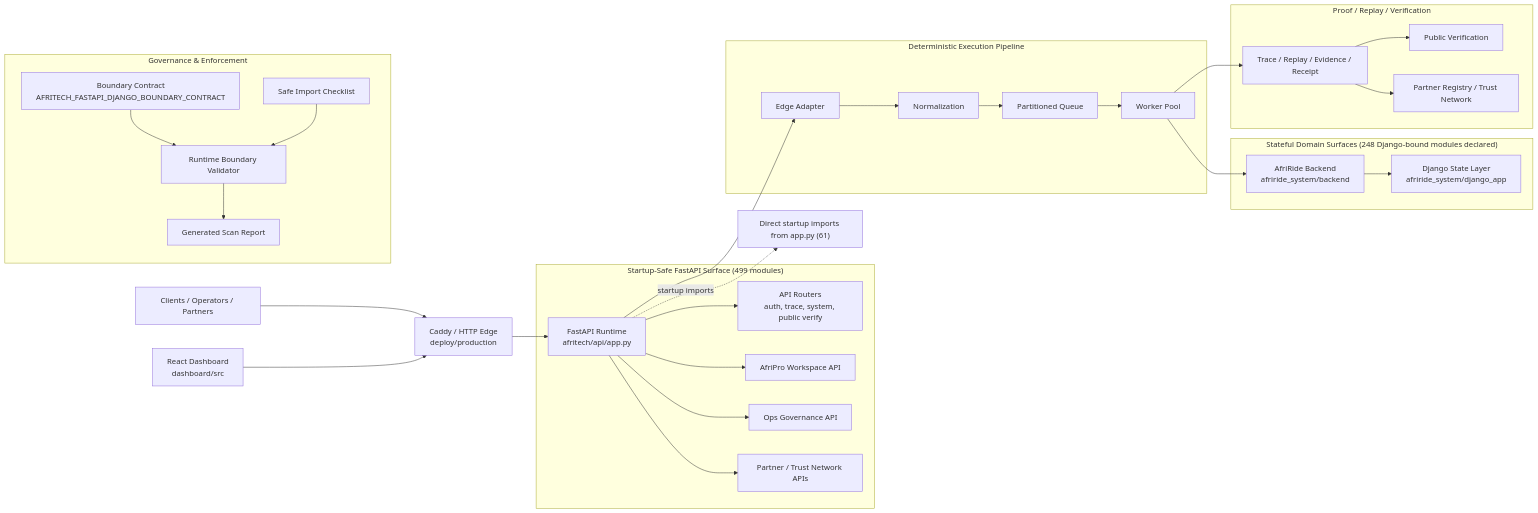
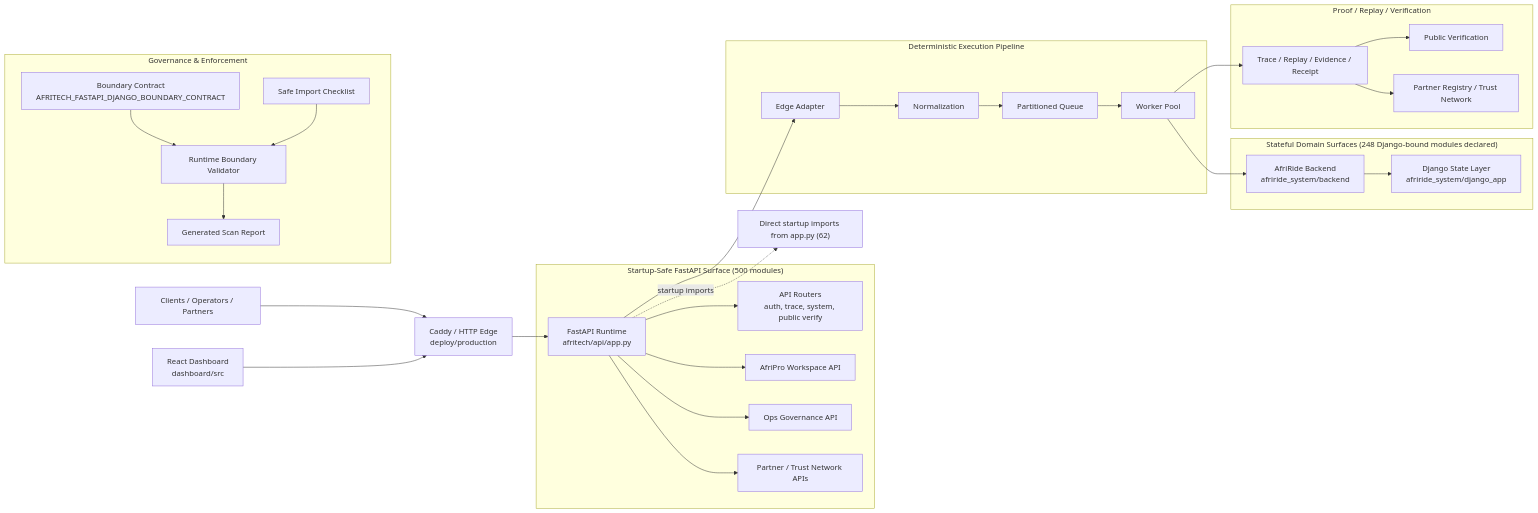
The first of 2 diagrams in docs/architecture/AFRITECH_FULL_ARCHITECTURE_GRAPH.md (Strelly2023/afritelematics), drawn with Mermaid before and after one commit. The commit also changed other lines of this file and 8 other files, not shown here.

````diff
--- a/docs/architecture/AFRITECH_FULL_ARCHITECTURE_GRAPH.md
+++ b/docs/architecture/AFRITECH_FULL_ARCHITECTURE_GRAPH.md
@@ -22,39 +22,39 @@
 ```mermaid
 flowchart LR
     Client["Clients / Operators / Partners"] --> Edge["Caddy / HTTP Edge\ndeploy/production"]
     Dashboard["React Dashboard\ndashboard/src"] --> Edge
     Edge --> App["FastAPI Runtime\nafritech/api/app.py"]
 
-    subgraph FastAPI["Startup-Safe FastAPI Surface (499 modules)"]
+    subgraph FastAPI["Startup-Safe FastAPI Surface (500 modules)"]
         App --> Api["API Routers\nauth, trace, system, public verify"]
         App --> Workspace["AfriPro Workspace API"]
         App --> Governance["Ops Governance API"]
         App --> Trust["Partner / Trust Network APIs"]
     end
 
     subgraph Pipeline["Deterministic Execution Pipeline"]
         App --> Adapt["Edge Adapter"]
         Adapt --> Normalize["Normalization"]
         Normalize --> Queue["Partitioned Queue"]
         Queue --> Worker["Worker Pool"]
     end
 
     subgraph State["Stateful Domain Surfaces (248 Django-bound modules declared)"]
         Worker --> Domain["AfriRide Backend\nafriride_system/backend"]
         Domain --> Django["Django State Layer\nafriride_system/django_app"]
     end
 
     subgraph Proof["Proof / Replay / Verification"]
         Worker --> Trace["Trace / Replay / Evidence / Receipt"]
         Trace --> Public["Public Verification"]
         Trace --> Registry["Partner Registry / Trust Network"]
     end
 
     subgraph GovernancePlane["Governance & Enforcement"]
         Contract["Boundary Contract\nAFRITECH_FASTAPI_DJANGO_BOUNDARY_CONTRACT"] --> Validator["Runtime Boundary Validator"]
         Checklist["Safe Import Checklist"] --> Validator
         Validator --> Review["Generated Scan Report"]
     end
 
-    App -. startup imports .-> Imports["Direct startup imports from app.py (61)"]
+    App -. startup imports .-> Imports["Direct startup imports from app.py (62)"]
 ```
````
